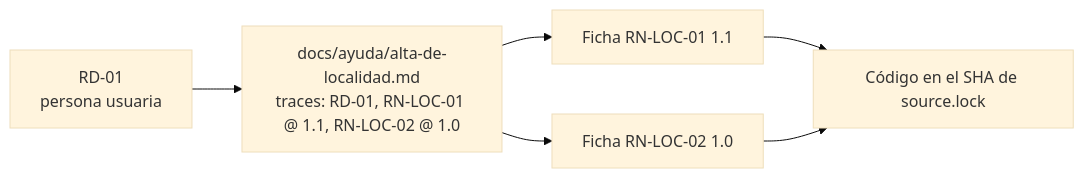
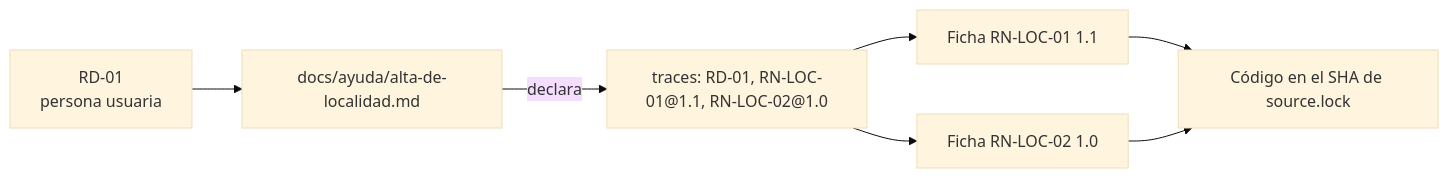
Before and after one commit to hdcm-dev/Lab-Documentos: the diagram in Guides/Documentacion-Tecnica/Sistema-De-Documentacion-E-Integracion/Examples/MovilidadUrbana-Mini-Demo/docs/_requisitos.md, drawn with Mermaid (base theme). The commit also changed 6 other files, not shown here.

````diff
--- a/Guides/Documentacion-Tecnica/Sistema-De-Documentacion-E-Integracion/Examples/MovilidadUrbana-Mini-Demo/docs/_requisitos.md
+++ b/Guides/Documentacion-Tecnica/Sistema-De-Documentacion-E-Integracion/Examples/MovilidadUrbana-Mini-Demo/docs/_requisitos.md
@@ -56,6 +56,7 @@
 ```mermaid
 flowchart LR
-  RD["RD-01<br/>persona usuaria"] --> P["docs/ayuda/alta-de-localidad.md<br/>traces: RD-01, RN-LOC-01 @ 1.1, RN-LOC-02 @ 1.0"]
-  P --> F1["Ficha RN-LOC-01 1.1"] --> C["Código en el SHA de source.lock"]
-  P --> F2["Ficha RN-LOC-02 1.0"] --> C
+  RD["RD-01<br/>persona usuaria"] --> P["docs/ayuda/alta-de-localidad.md"]
+  P -->|declara| T["traces: RD-01, RN-LOC-01#64;1.1, RN-LOC-02#64;1.0"]
+  T --> F1["Ficha RN-LOC-01 1.1"] --> C["Código en el SHA de source.lock"]
+  T --> F2["Ficha RN-LOC-02 1.0"] --> C
 ```
````
